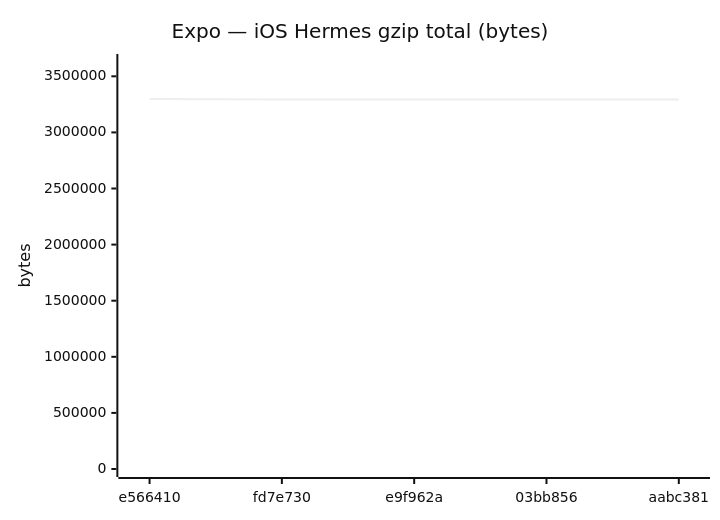
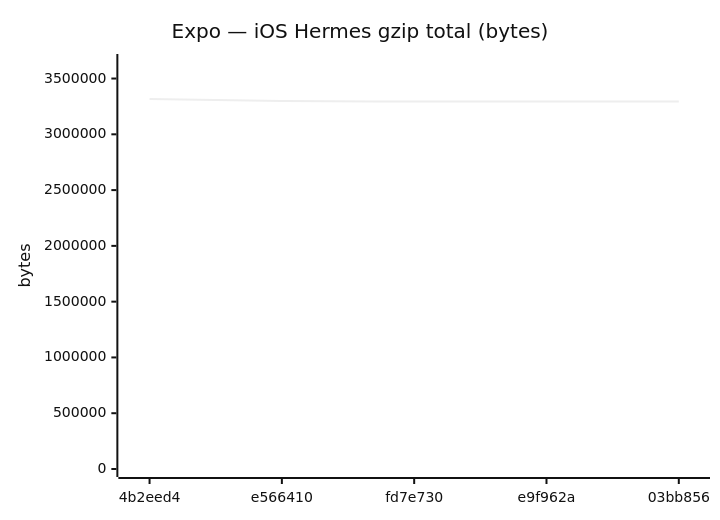
Before and after one commit to Metaheurist/Rianell: diagram 12 of 18 in benchmarks/compare.md, drawn with Mermaid (neutral theme). The commit also changed other lines of this file and 11 other files, not shown here.

````diff
--- a/benchmarks/compare.md
+++ b/benchmarks/compare.md
@@ -179,7 +179,7 @@
 ```mermaid
 xychart-beta
     title "Expo — iOS Hermes gzip total (bytes)"
-    x-axis ["e566410", "fd7e730", "e9f962a", "03bb856", "aabc381"]
-    y-axis "bytes" 0 --> 3627508
-    line [3297734, 3293199, 3293198, 3293200, 3293409]
+    x-axis ["4b2eed4", "e566410", "fd7e730", "e9f962a", "03bb856"]
+    y-axis "bytes" 0 --> 3648200
+    line [3316545, 3297734, 3293199, 3293198, 3293200]
 ```
````
